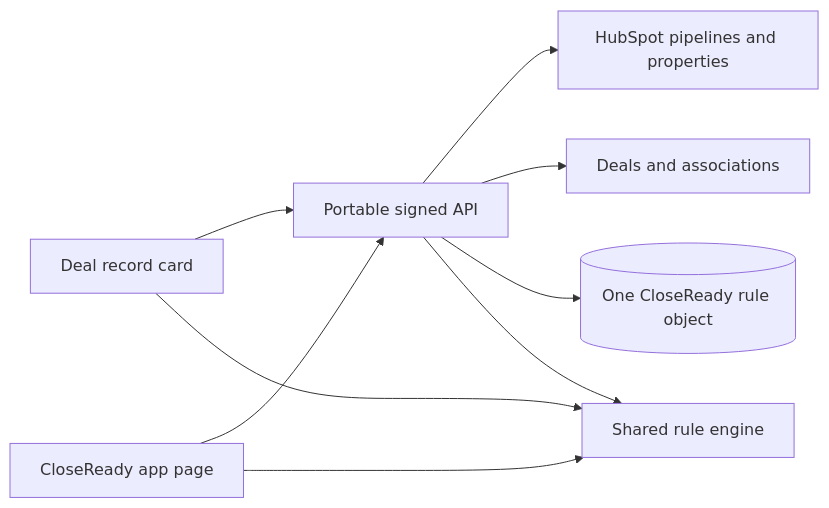
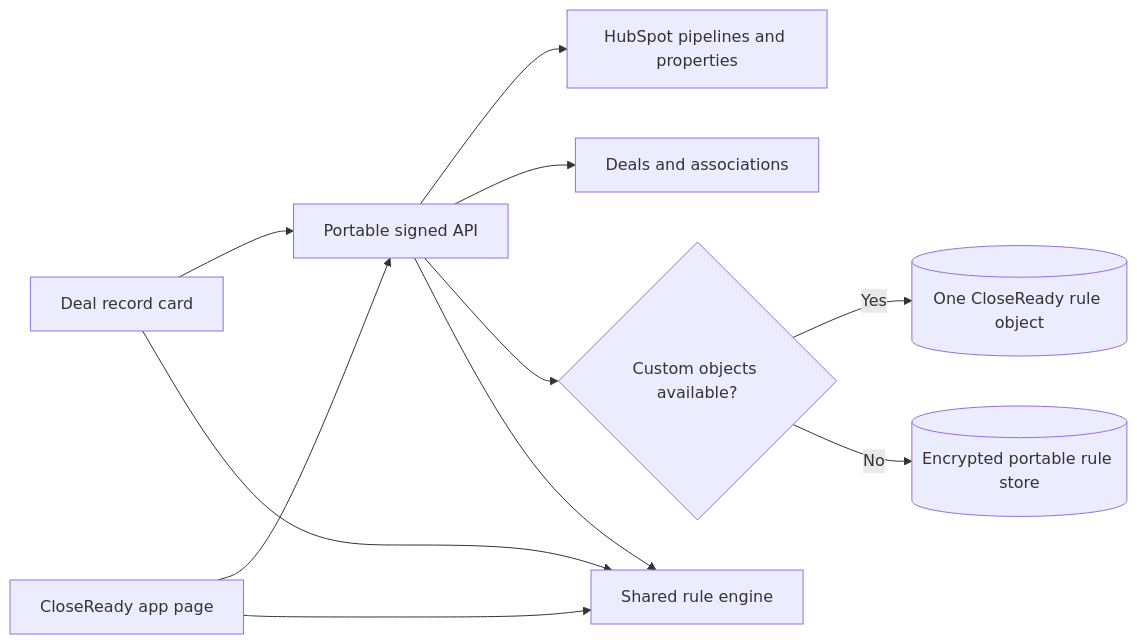
The diagram in projects/closeready/docs/architecture.md (mathias7799/HubSpotLab), drawn with Mermaid before and after one commit. The commit also changed other lines of this file and 22 other files, not shown here.

Commit message:
Make CloseReady work without custom object access

````diff
--- a/projects/closeready/docs/architecture.md
+++ b/projects/closeready/docs/architecture.md
@@ -3,11 +3,13 @@
 ```mermaid
 flowchart LR
   Card[Deal record card] --> API[Portable signed API]
   Page[CloseReady app page] --> API
   API --> Pipelines[HubSpot pipelines and properties]
   API --> Deals[Deals and associations]
-  API --> Rules[(One CloseReady rule object)]
+  API --> Choice{Custom objects available?}
+  Choice -->|Yes| Rules[(One CloseReady rule object)]
+  Choice -->|No| Portable[(Encrypted portable rule store)]
   Card --> Engine[Shared rule engine]
   Page --> Engine
   API --> Engine
 ```
````
